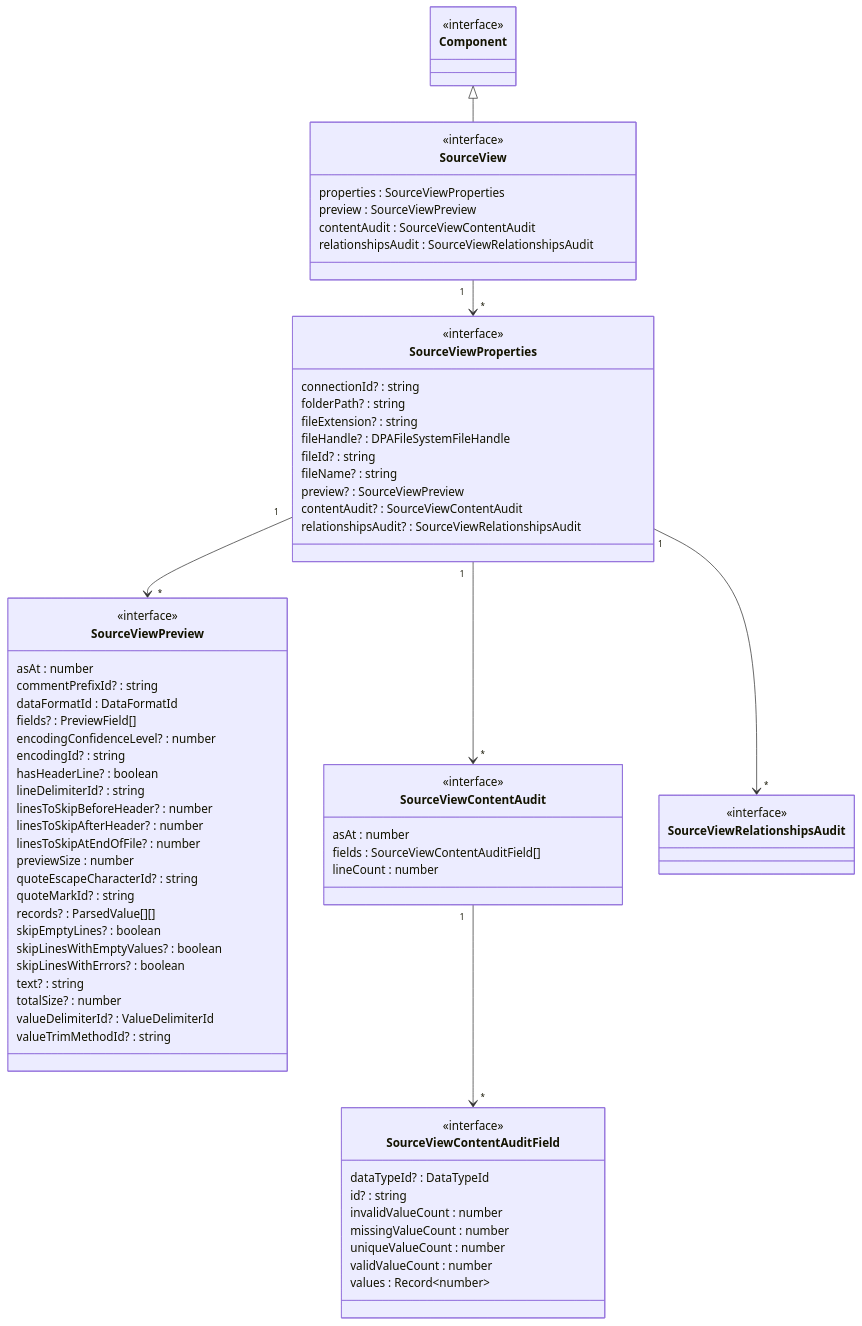
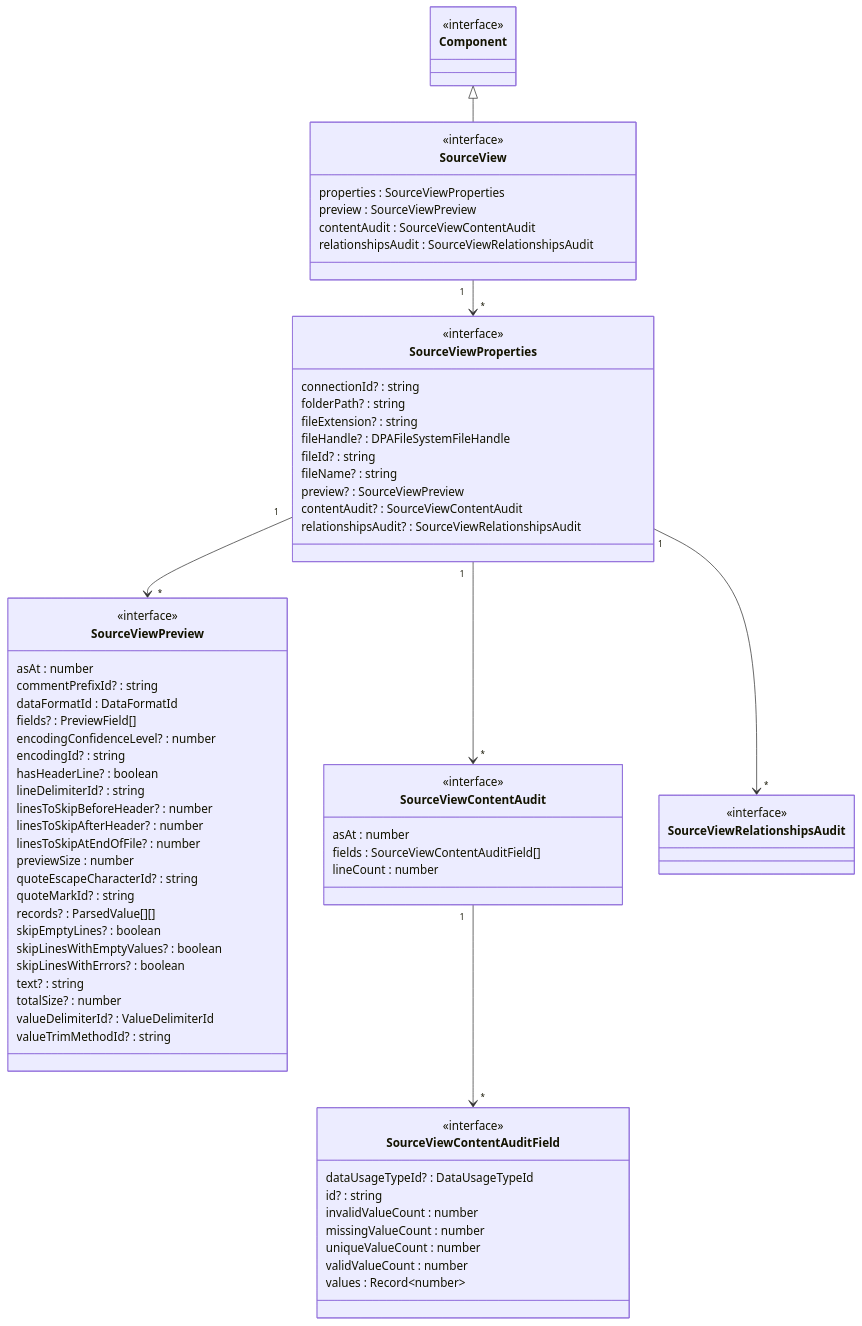
One commit to data-positioning/datapos-shared changed diagram 18 of 22 in README.md. Above: the diagram before and after it, drawn with Mermaid. The commit also changed other lines of this file and 3 other files, not shown here.

```diff
--- a/README.md
+++ b/README.md
@@ -693,7 +678,7 @@
 
     class SourceViewContentAuditField {
         <<interface>>
-        dataTypeId? : DataTypeId
+        dataUsageTypeId? : DataUsageTypeId
         id? : string
         invalidValueCount : number
         missingValueCount : number
```
